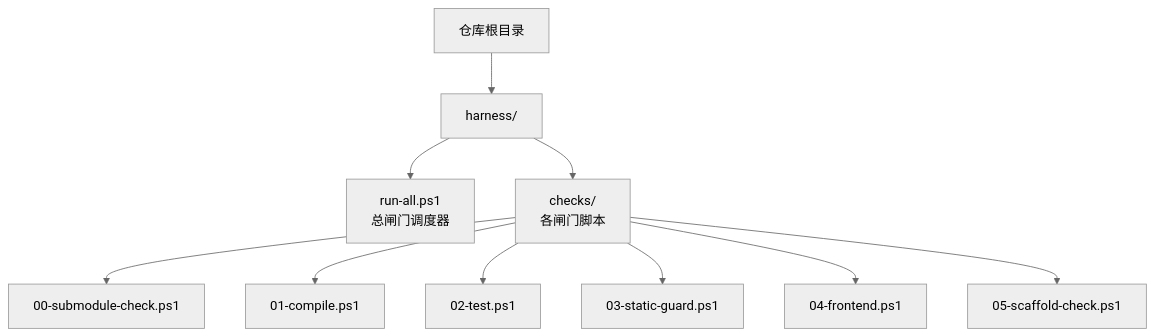
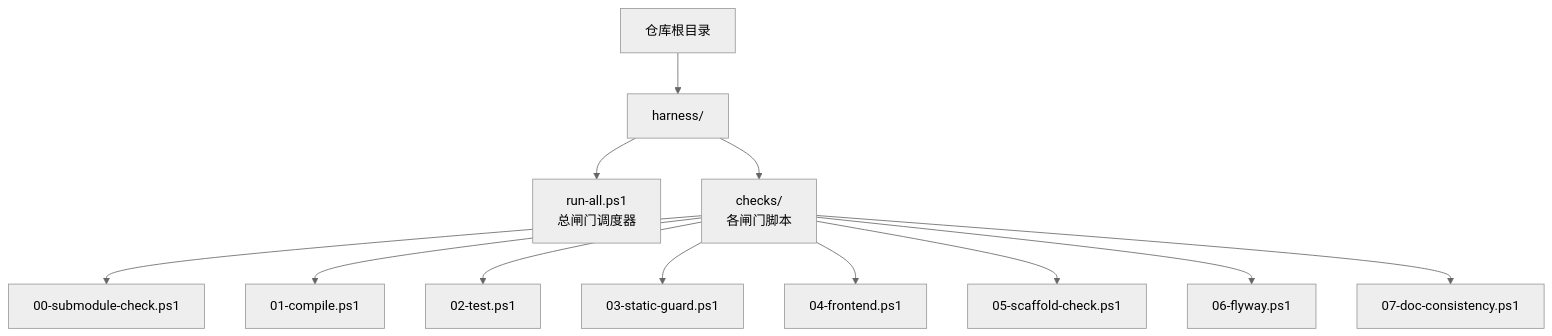
Before and after one commit to luyitiger6/my-first-project: the first of 11 diagrams in .qoder/repowiki/zh/content/自动化验证/自动化验证.md, drawn with Mermaid (neutral theme). The commit also changed other lines of this file and 35 other files, not shown here.

````diff
--- a/.qoder/repowiki/zh/content/自动化验证/自动化验证.md
+++ b/.qoder/repowiki/zh/content/自动化验证/自动化验证.md
@@ -43,12 +54,14 @@
 ```mermaid
 graph TB
 root["仓库根目录"] --> harness["harness/"]
 harness --> run_all["run-all.ps1<br/>总闸门调度器"]
 harness --> checks["checks/<br/>各闸门脚本"]
 checks --> g0["00-submodule-check.ps1"]
 checks --> g1["01-compile.ps1"]
 checks --> g2["02-test.ps1"]
 checks --> g3["03-static-guard.ps1"]
 checks --> g4["04-frontend.ps1"]
 checks --> g5["05-scaffold-check.ps1"]
+checks --> g6["06-flyway.ps1"]
+checks --> g7["07-doc-consistency.ps1"]
 ```
````
